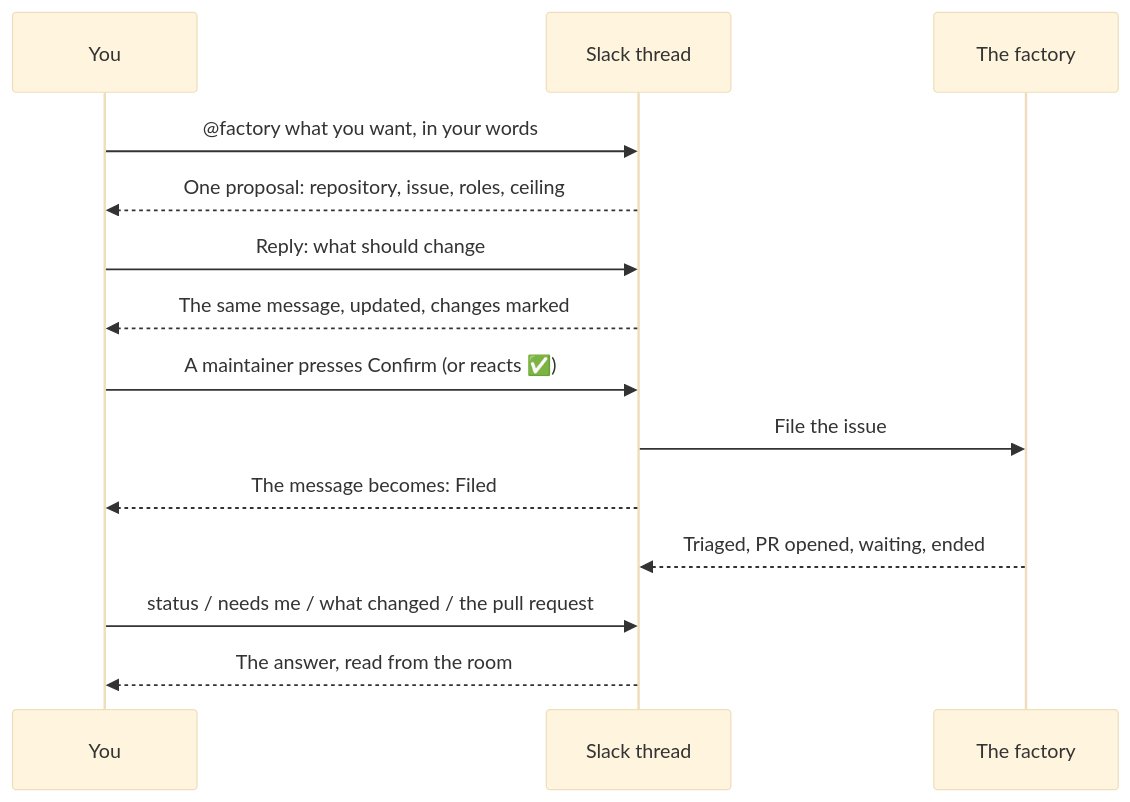
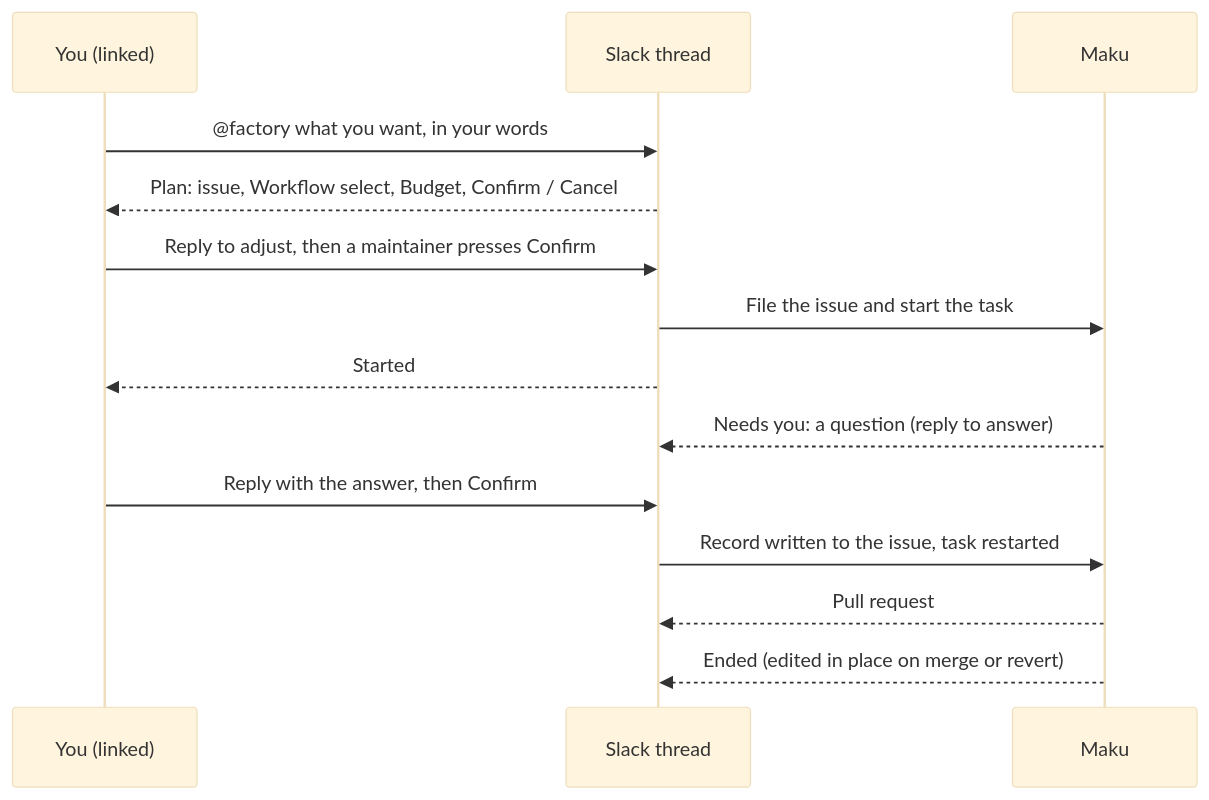
Before and after one commit to Smana/ai-native-ref: the diagram in website/content/docs/use/slack.md, drawn with Mermaid (base theme). The commit also changed other lines of this file and 8 other files, not shown here.

Commit message:
docs(site): the six tools, /maku, the Slack end line and stop, retry and answer

````diff
--- a/website/content/docs/use/slack.md
+++ b/website/content/docs/use/slack.md
@@ -30,16 +30,16 @@
 ```mermaid
 sequenceDiagram
-  participant U as You
+  participant P as You (linked)
   participant S as Slack thread
-  participant F as The factory
-  U->>S: @factory what you want, in your words
-  S-->>U: One proposal: repository, issue, roles, ceiling
-  U->>S: Reply: what should change
-  S-->>U: The same message, updated, changes marked
-  U->>S: A maintainer presses Confirm (or reacts ✅)
-  S->>F: File the issue
-  S-->>U: The message becomes: Filed #N, room link
-  F-->>S: Triaged, PR opened, waiting, ended
-  U->>S: status / needs me / what changed / the pull request
-  S-->>U: The answer, read from the room
+  participant F as Maku
+  P->>S: @factory what you want, in your words
+  S-->>P: Plan: issue, Workflow select, Budget, Confirm / Cancel
+  P->>S: Reply to adjust, then a maintainer presses Confirm
+  S->>F: File the issue and start the task
+  S-->>P: Started #N. Room link
+  F-->>S: Needs you: a question (reply to answer)
+  P->>S: Reply with the answer, then Confirm
+  S->>F: Record written to the issue, task restarted
+  F-->>S: Pull request #M opened
+  F-->>S: Ended (edited in place on merge or revert)
 ```
````
